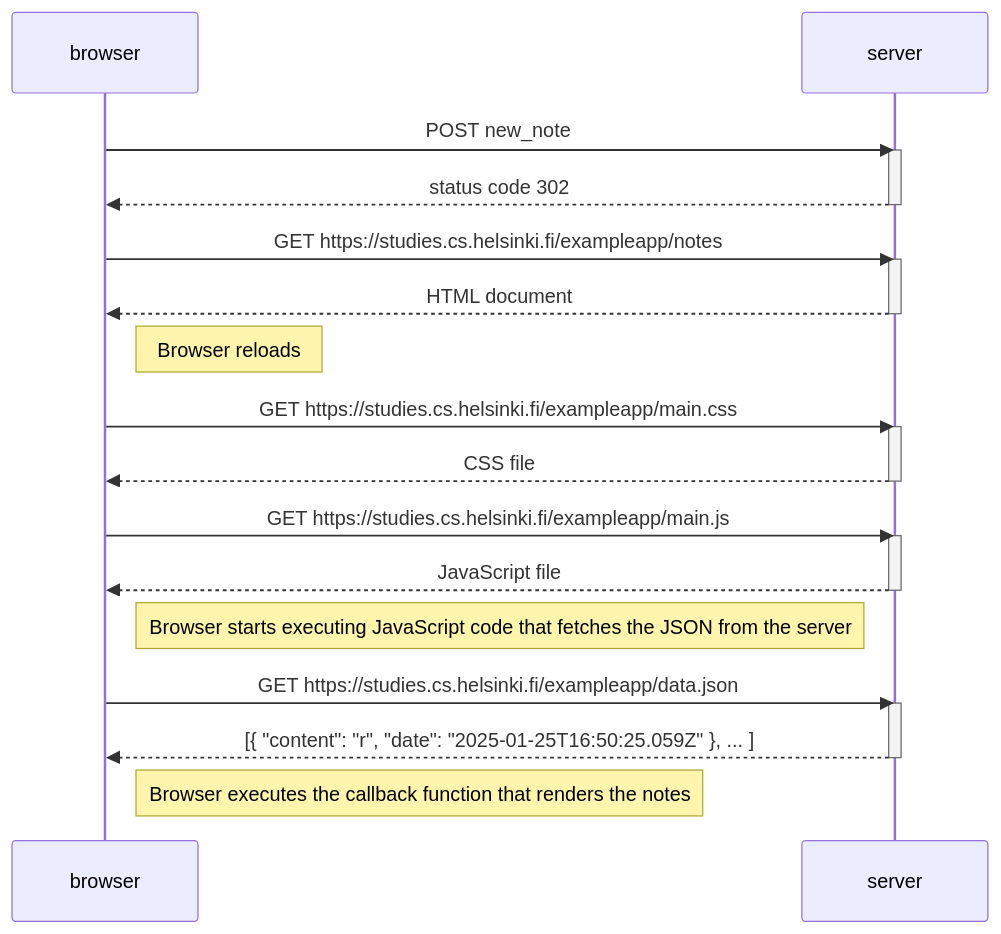
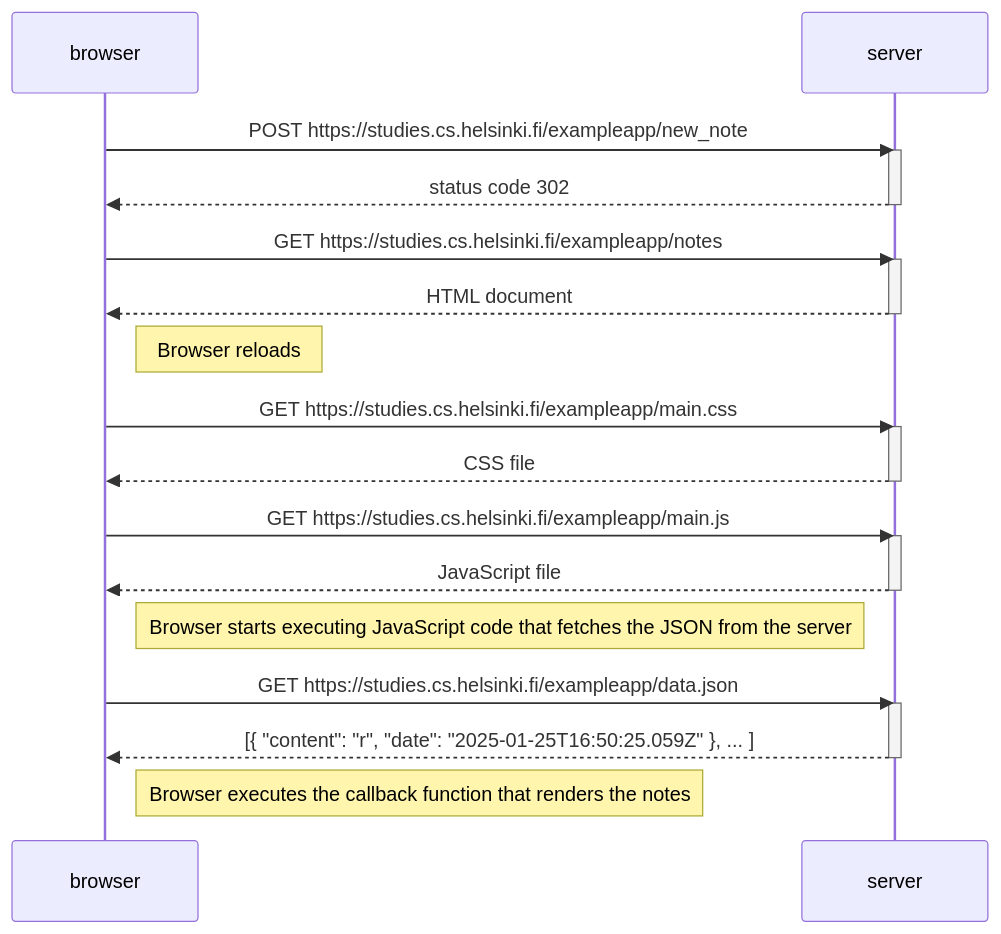
One commit to Krekno/full-stack-open changed the diagram in part0/exercise0.4.md. Above: the diagram before and after it, drawn with Mermaid.

````diff
--- a/part0/exercise0.4.md
+++ b/part0/exercise0.4.md
@@ -1,36 +1,36 @@
 ```mermaid
 sequenceDiagram
     participant browser
     participant server
 
-    browser->>server: POST new_note
+    browser->>server: POST https://studies.cs.helsinki.fi/exampleapp/new_note
     activate server
     server-->>browser: status code 302
     deactivate server
 
     browser->>server: GET https://studies.cs.helsinki.fi/exampleapp/notes
     activate server
     server-->>browser: HTML document
     deactivate server
 
     Note right of browser: Browser reloads
 
     browser->>server: GET https://studies.cs.helsinki.fi/exampleapp/main.css
     activate server
     server-->>browser: CSS file
     deactivate server
 
     browser->>server: GET https://studies.cs.helsinki.fi/exampleapp/main.js
     activate server
     server-->>browser: JavaScript file
     deactivate server
 
     Note right of browser: Browser starts executing JavaScript code that fetches the JSON from the server
 
     browser->>server: GET https://studies.cs.helsinki.fi/exampleapp/data.json
     activate server
     server-->>browser: [{ "content": "r", "date": "2025-01-25T16:50:25.059Z" }, ... ]
     deactivate server
 
     Note right of browser: Browser executes the callback function that renders the notes
 ```
````
